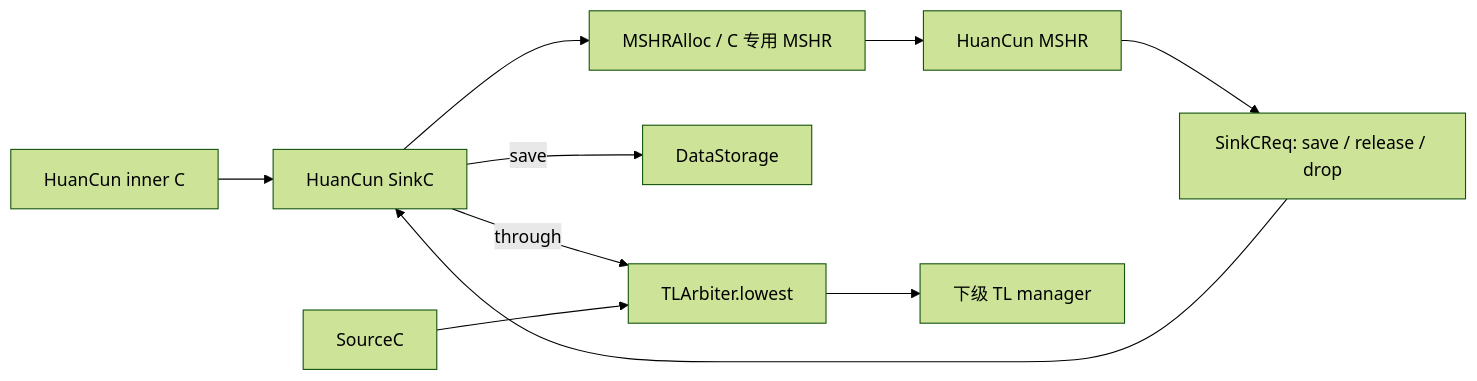
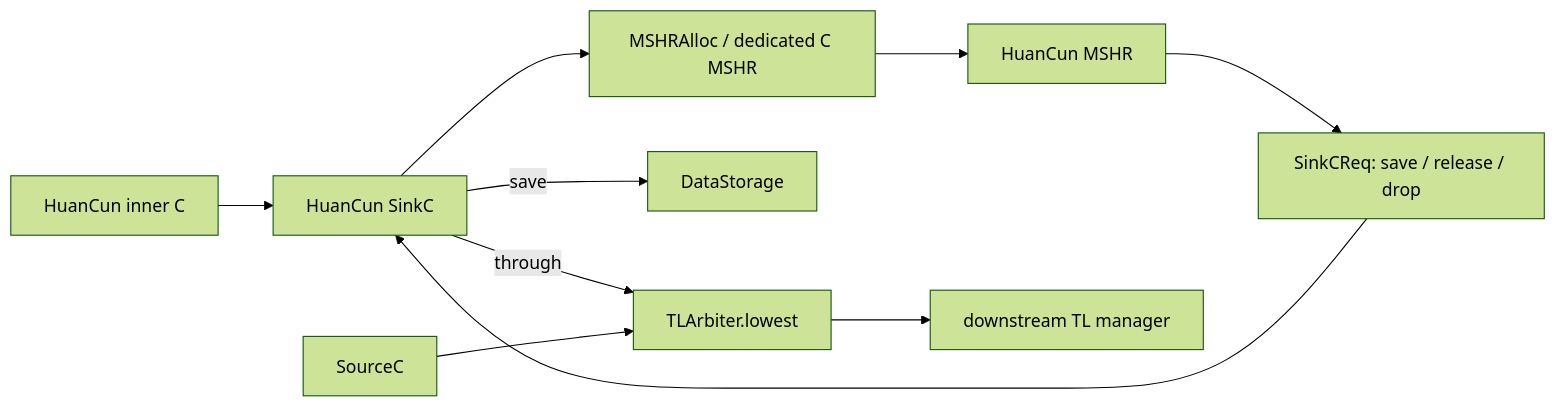
Before and after one commit to OpenXiangShan/XiangShanLab: the third of 3 diagrams in xiangshan-course/docs-en/4-xiangshan-microarchitecture-analysis/3-xiangshan-source-code-analysis/cache/Cache-SinkC.md, drawn with Mermaid (forest theme). The commit also changed other lines of this file and 176 other files, not shown here.

```diff
--- a/xiangshan-course/docs-en/4-xiangshan-microarchitecture-analysis/3-xiangshan-source-code-analysis/cache/Cache-SinkC.md
+++ b/xiangshan-course/docs-en/4-xiangshan-microarchitecture-analysis/3-xiangshan-source-code-analysis/cache/Cache-SinkC.md
@@ -229,12 +384,12 @@
 ~~~mermaid
 flowchart LR
   IC["HuanCun inner C"] --> HSC["HuanCun SinkC"]
-  HSC --> AL["MSHRAlloc / C 专用 MSHR"]
+  HSC --> AL["MSHRAlloc / dedicated C MSHR"]
   AL --> HM["HuanCun MSHR"]
   HM --> T["SinkCReq: save / release / drop"]
   T --> HSC
   HSC -->|"save"| HDS["DataStorage"]
   HSC -->|"through"| OC["outer TL C"]
   SC2["SourceC"] --> OC
-  OC["TLArbiter.lowest"] --> L3N["下级 TL manager"]
+  OC["TLArbiter.lowest"] --> L3N["downstream TL manager"]
 ~~~
```
